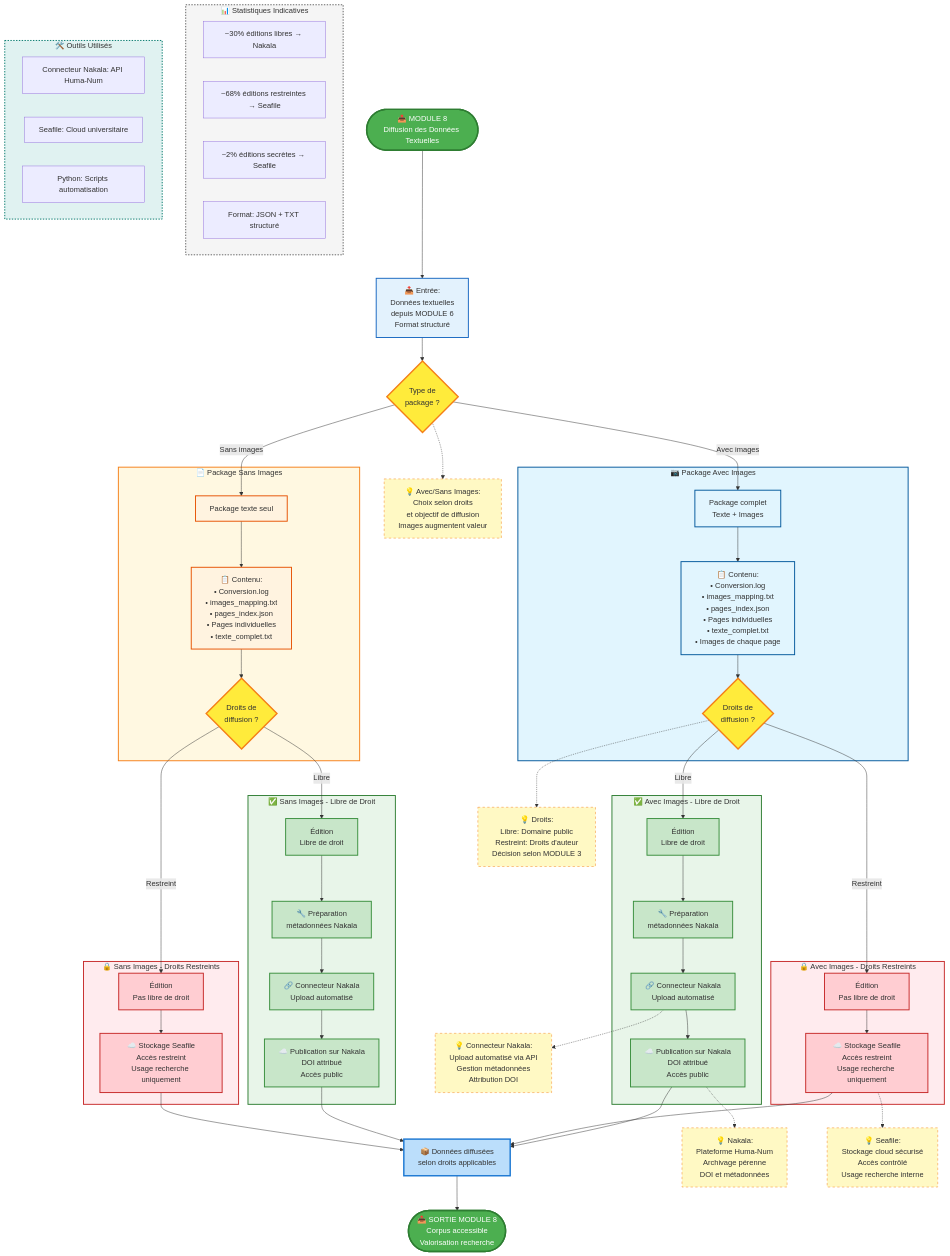
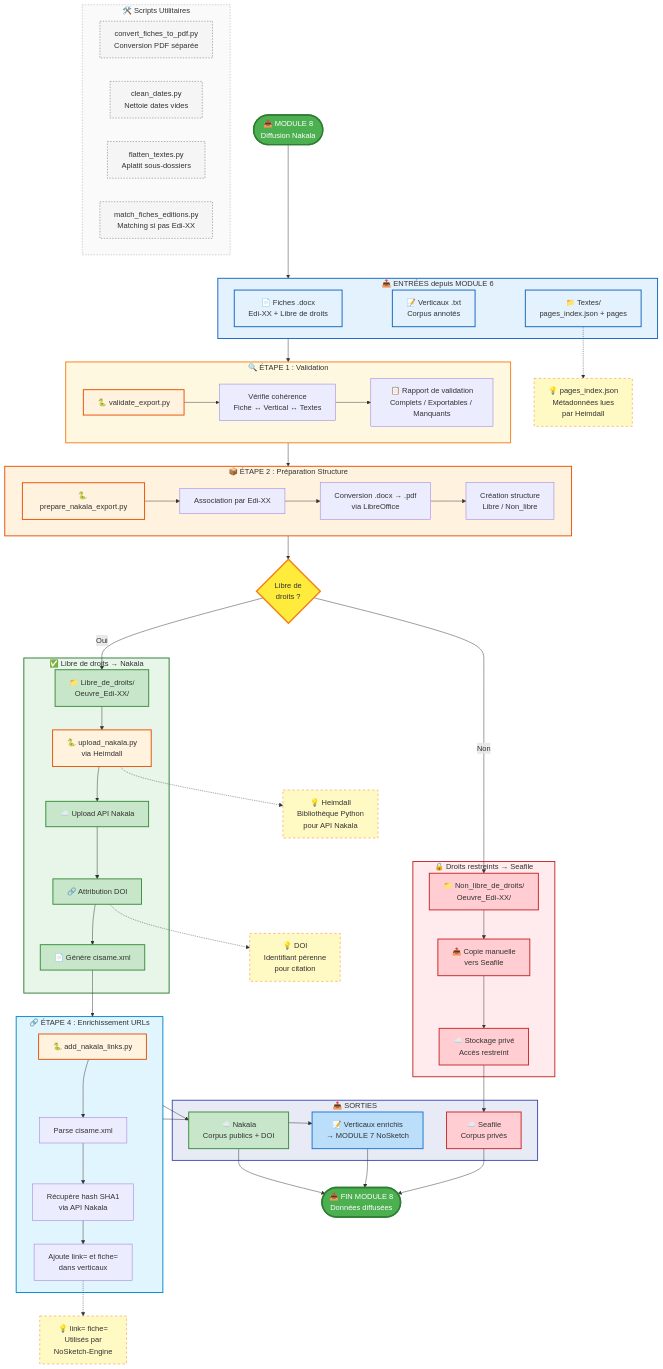
The diagram in Modules_projet/Module_8_Diffusion_Donnees/flowchart-module8-diffusion.md (TitouanCiSaMe/CiSaMe), drawn with Mermaid before and after one commit. The commit also changed other lines of this file and 12 other files, not shown here.

First line of the commit message:
Refactor: réorganisation MODULE 8 - Export Nakala

````diff
--- a/Modules_projet/Module_8_Diffusion_Donnees/flowchart-module8-diffusion.md
+++ b/Modules_projet/Module_8_Diffusion_Donnees/flowchart-module8-diffusion.md
@@ -5,190 +5,170 @@
 ```mermaid
 flowchart TD
     %% ========================================
-    %% MODULE 8 - DIFFUSION DES DONNÉES
+    %% MODULE 8 - DIFFUSION DES DONNÉES NAKALA
     %% ========================================
 
-    START([📤 MODULE 8<br/>Diffusion des Données Textuelles])
+    START([📤 MODULE 8<br/>Diffusion Nakala])
 
     %% ========================================
-    %% ENTRÉE
+    %% ENTRÉES
     %% ========================================
-    INPUT[📥 Entrée:<br/>Données textuelles<br/>depuis MODULE 6<br/>Format structuré]
+    subgraph INPUTS [📥 ENTRÉES depuis MODULE 6]
+        I1[📄 Fiches .docx<br/>Edi-XX + Libre de droits]
+        I2[📝 Verticaux .txt<br/>Corpus annotés]
+        I3[📁 Textes/<br/>pages_index.json + pages]
+    end
 
-    START --> INPUT
+    START --> INPUTS
 
     %% ========================================
-    %% DÉCISION TYPE DE PACKAGE
+    %% ÉTAPE 1 : VALIDATION
     %% ========================================
-    DECISION_TYPE{Type de<br/>package ?}
+    subgraph STEP1 [🔍 ÉTAPE 1 : Validation]
+        V1[🐍 validate_export.py]
+        V2[Vérifie cohérence<br/>Fiche ↔ Vertical ↔ Textes]
+        V3[📋 Rapport de validation<br/>Complets / Exportables / Manquants]
 
-    INPUT --> DECISION_TYPE
+        V1 --> V2 --> V3
+    end
+
+    INPUTS --> STEP1
 
     %% ========================================
-    %% BRANCHE AVEC IMAGES
+    %% ÉTAPE 2 : PRÉPARATION
     %% ========================================
-    subgraph AVEC_IMAGES_FLOW [📷 Package Avec Images]
-        AVEC_TITLE[Package complet<br/>Texte + Images]
-        AVEC_CONTENU[📋 Contenu:<br/>• Conversion.log<br/>• images_mapping.txt<br/>• pages_index.json<br/>• Pages individuelles<br/>• texte_complet.txt<br/>• Images de chaque page]
-        AVEC_DECISION{Droits de<br/>diffusion ?}
+    subgraph STEP2 [📦 ÉTAPE 2 : Préparation Structure]
+        P1[🐍 prepare_nakala_export.py]
+        P2[Association par Edi-XX]
+        P3[Conversion .docx → .pdf<br/>via LibreOffice]
+        P4[Création structure<br/>Libre / Non_libre]
 
-        AVEC_TITLE --> AVEC_CONTENU
-        AVEC_CONTENU --> AVEC_DECISION
+        P1 --> P2 --> P3 --> P4
     end
 
-    DECISION_TYPE -->|Avec images| AVEC_TITLE
+    STEP1 --> STEP2
 
     %% ========================================
-    %% BRANCHE SANS IMAGES
+    %% DÉCISION DROITS
     %% ========================================
-    subgraph SANS_IMAGES_FLOW [📄 Package Sans Images]
-        SANS_TITLE[Package texte seul]
-        SANS_CONTENU[📋 Contenu:<br/>• Conversion.log<br/>• images_mapping.txt<br/>• pages_index.json<br/>• Pages individuelles<br/>• texte_complet.txt]
-        SANS_DECISION{Droits de<br/>diffusion ?}
+    DECISION{Libre de<br/>droits ?}
 
-        SANS_TITLE --> SANS_CONTENU
-        SANS_CONTENU --> SANS_DECISION
+    STEP2 --> DECISION
+
+    %% ========================================
+    %% BRANCHE LIBRE - NAKALA
+    %% ========================================
+    subgraph NAKALA_FLOW [✅ Libre de droits → Nakala]
+        N1[📁 Libre_de_droits/<br/>Oeuvre_Edi-XX/]
+        N2[🐍 upload_nakala.py<br/>via Heimdall]
+        N3[☁️ Upload API Nakala]
+        N4[🔗 Attribution DOI]
+        N5[📄 Génère cisame.xml]
+
+        N1 --> N2 --> N3 --> N4 --> N5
     end
 
-    DECISION_TYPE -->|Sans images| SANS_TITLE
+    DECISION -->|Oui| N1
 
     %% ========================================
-    %% DIFFUSION AVEC IMAGES - LIBRE
+    %% BRANCHE RESTREINTE - SEAFILE
     %% ========================================
-    subgraph AVEC_LIBRE_FLOW [✅ Avec Images - Libre de Droit]
-        AVEC_LIBRE[Édition<br/>Libre de droit]
-        AVEC_NAKALA_PREP[🔧 Préparation<br/>métadonnées Nakala]
-        AVEC_NAKALA_CONNECT[🔗 Connecteur Nakala<br/>Upload automatisé]
-        AVEC_NAKALA_RESULT[☁️ Publication sur Nakala<br/>DOI attribué<br/>Accès public]
+    subgraph SEAFILE_FLOW [🔒 Droits restreints → Seafile]
+        S1[📁 Non_libre_de_droits/<br/>Oeuvre_Edi-XX/]
+        S2[📤 Copie manuelle<br/>vers Seafile]
+        S3[☁️ Stockage privé<br/>Accès restreint]
 
-        AVEC_LIBRE --> AVEC_NAKALA_PREP
-        AVEC_NAKALA_PREP --> AVEC_NAKALA_CONNECT
-        AVEC_NAKALA_CONNECT --> AVEC_NAKALA_RESULT
+        S1 --> S2 --> S3
     end
 
-    AVEC_DECISION -->|Libre| AVEC_LIBRE
+    DECISION -->|Non| S1
 
     %% ========================================
-    %% DIFFUSION AVEC IMAGES - RESTREINT
+    %% ÉTAPE 4 : ENRICHISSEMENT
     %% ========================================
-    subgraph AVEC_RESTREINT_FLOW [🔒 Avec Images - Droits Restreints]
-        AVEC_RESTREINT[Édition<br/>Pas libre de droit]
-        AVEC_SEAFILE[☁️ Stockage Seafile<br/>Accès restreint<br/>Usage recherche uniquement]
+    subgraph STEP4 [🔗 ÉTAPE 4 : Enrichissement URLs]
+        E1[🐍 add_nakala_links.py]
+        E2[Parse cisame.xml]
+        E3[Récupère hash SHA1<br/>via API Nakala]
+        E4[Ajoute link= et fiche=<br/>dans verticaux]
 
-        AVEC_RESTREINT --> AVEC_SEAFILE
+        E1 --> E2 --> E3 --> E4
     end
 
-    AVEC_DECISION -->|Restreint| AVEC_RESTREINT
+    N5 --> STEP4
 
     %% ========================================
-    %% DIFFUSION SANS IMAGES - LIBRE
+    %% SORTIES
     %% ========================================
-    subgraph SANS_LIBRE_FLOW [✅ Sans Images - Libre de Droit]
-        SANS_LIBRE[Édition<br/>Libre de droit]
-        SANS_NAKALA_PREP[🔧 Préparation<br/>métadonnées Nakala]
-        SANS_NAKALA_CONNECT[🔗 Connecteur Nakala<br/>Upload automatisé]
-        SANS_NAKALA_RESULT[☁️ Publication sur Nakala<br/>DOI attribué<br/>Accès public]
-
-        SANS_LIBRE --> SANS_NAKALA_PREP
-        SANS_NAKALA_PREP --> SANS_NAKALA_CONNECT
-        SANS_NAKALA_CONNECT --> SANS_NAKALA_RESULT
+    subgraph OUTPUTS [📤 SORTIES]
+        O1[☁️ Nakala<br/>Corpus publics + DOI]
+        O2[☁️ Seafile<br/>Corpus privés]
+        O3[📝 Verticaux enrichis<br/>→ MODULE 7 NoSketch]
     end
 
-    SANS_DECISION -->|Libre| SANS_LIBRE
+    STEP4 --> O1
+    STEP4 --> O3
+    S3 --> O2
+
+    OUTPUT([📤 FIN MODULE 8<br/>Données diffusées])
+
+    O1 --> OUTPUT
+    O2 --> OUTPUT
+    O3 --> OUTPUT
 
     %% ========================================
-    %% DIFFUSION SANS IMAGES - RESTREINT
+    %% SCRIPTS UTILITAIRES
     %% ========================================
-    subgraph SANS_RESTREINT_FLOW [🔒 Sans Images - Droits Restreints]
-        SANS_RESTREINT[Édition<br/>Pas libre de droit]
-        SANS_SEAFILE[☁️ Stockage Seafile<br/>Accès restreint<br/>Usage recherche uniquement]
-
-        SANS_RESTREINT --> SANS_SEAFILE
+    subgraph UTILS [🛠️ Scripts Utilitaires]
+        U1[convert_fiches_to_pdf.py<br/>Conversion PDF séparée]
+        U2[clean_dates.py<br/>Nettoie dates vides]
+        U3[flatten_textes.py<br/>Aplatit sous-dossiers]
+        U4[match_fiches_editions.py<br/>Matching si pas Edi-XX]
     end
-
-    SANS_DECISION -->|Restreint| SANS_RESTREINT
-
-    %% ========================================
-    %% CONVERGENCE
-    %% ========================================
-    CONVERGENCE[📦 Données diffusées<br/>selon droits applicables]
-
-    AVEC_NAKALA_RESULT --> CONVERGENCE
-    AVEC_SEAFILE --> CONVERGENCE
-    SANS_NAKALA_RESULT --> CONVERGENCE
-    SANS_SEAFILE --> CONVERGENCE
-
-    OUTPUT([📤 SORTIE MODULE 8<br/>Corpus accessible<br/>Valorisation recherche])
-
-    CONVERGENCE --> OUTPUT
 
     %% ========================================
     %% ANNOTATIONS
     %% ========================================
-    note1[💡 Avec/Sans Images:<br/>Choix selon droits<br/>et objectif de diffusion<br/>Images augmentent valeur]
-    note2[💡 Nakala:<br/>Plateforme Huma-Num<br/>Archivage pérenne<br/>DOI et métadonnées]
-    note3[💡 Connecteur Nakala:<br/>Upload automatisé via API<br/>Gestion métadonnées<br/>Attribution DOI]
-    note4[💡 Seafile:<br/>Stockage cloud sécurisé<br/>Accès contrôlé<br/>Usage recherche interne]
-    note5[💡 Droits:<br/>Libre: Domaine public<br/>Restreint: Droits d'auteur<br/>Décision selon MODULE 3]
+    note1[💡 pages_index.json<br/>Métadonnées lues<br/>par Heimdall]
+    note2[💡 Heimdall<br/>Bibliothèque Python<br/>pour API Nakala]
+    note3[💡 DOI<br/>Identifiant pérenne<br/>pour citation]
+    note4[💡 link= fiche=<br/>Utilisés par<br/>NoSketch-Engine]
 
-    DECISION_TYPE -.-> note1
-    AVEC_NAKALA_RESULT -.-> note2
-    AVEC_NAKALA_CONNECT -.-> note3
-    AVEC_SEAFILE -.-> note4
-    AVEC_DECISION -.-> note5
-
-    %% ========================================
-    %% STATISTIQUES
-    %% ========================================
-    subgraph STATS [📊 Statistiques Indicatives]
-        S1[~30% éditions libres → Nakala]
-        S2[~68% éditions restreintes → Seafile]
-        S3[~2% éditions secrètes → Seafile]
-        S4[Format: JSON + TXT structuré]
-    end
-
-    %% ========================================
-    %% OUTILS
-    %% ========================================
-    subgraph TOOLS [🛠️ Outils Utilisés]
-        T1[Connecteur Nakala: API Huma-Num]
-        T2[Seafile: Cloud universitaire]
-        T3[Python: Scripts automatisation]
-    end
+    I3 -.-> note1
+    N2 -.-> note2
+    N4 -.-> note3
+    E4 -.-> note4
 
     %% ========================================
     %% STYLES
     %% ========================================
     classDef startEnd fill:#4caf50,stroke:#2e7d32,stroke-width:3px,color:#fff
     classDef input fill:#e3f2fd,stroke:#1565c0,stroke-width:2px
+    classDef script fill:#fff3e0,stroke:#e65100,stroke-width:2px
     classDef decision fill:#ffeb3b,stroke:#f57f17,stroke-width:3px
-    classDef avec fill:#e1f5fe,stroke:#01579b,stroke-width:2px
-    classDef sans fill:#fff3e0,stroke:#e65100,stroke-width:2px
-    classDef libre fill:#c8e6c9,stroke:#388e3c,stroke-width:2px
-    classDef restreint fill:#ffcdd2,stroke:#c62828,stroke-width:2px
-    classDef nakala fill:#a5d6a7,stroke:#2e7d32,stroke-width:2px
-    classDef seafile fill:#fff9c4,stroke:#f57f17,stroke-width:2px
-    classDef convergence fill:#bbdefb,stroke:#1976d2,stroke-width:3px
+    classDef nakala fill:#c8e6c9,stroke:#388e3c,stroke-width:2px
+    classDef seafile fill:#ffcdd2,stroke:#c62828,stroke-width:2px
+    classDef output fill:#bbdefb,stroke:#1976d2,stroke-width:2px
     classDef note fill:#fff9c4,stroke:#f57f17,stroke-width:1px,stroke-dasharray: 5 5
-    classDef title fill:#e0e0e0,stroke:#757575,stroke-width:2px
+    classDef utils fill:#f5f5f5,stroke:#616161,stroke-width:1px,stroke-dasharray: 3 3
 
     class START,OUTPUT startEnd
-    class INPUT input
-    class DECISION_TYPE,AVEC_DECISION,SANS_DECISION decision
-    class AVEC_TITLE,AVEC_CONTENU avec
-    class SANS_TITLE,SANS_CONTENU sans
-    class AVEC_LIBRE,AVEC_NAKALA_PREP,AVEC_NAKALA_CONNECT,AVEC_NAKALA_RESULT,SANS_LIBRE,SANS_NAKALA_PREP,SANS_NAKALA_CONNECT,SANS_NAKALA_RESULT libre
-    class AVEC_RESTREINT,AVEC_SEAFILE,SANS_RESTREINT,SANS_SEAFILE restreint
-    class CONVERGENCE convergence
-    class note1,note2,note3,note4,note5 note
+    class I1,I2,I3 input
+    class V1,P1,N2,E1 script
+    class DECISION decision
+    class N1,N3,N4,N5,O1 nakala
+    class S1,S2,S3,O2 seafile
+    class O3 output
+    class note1,note2,note3,note4 note
+    class U1,U2,U3,U4 utils
 
-    style AVEC_IMAGES_FLOW fill:#e1f5fe,stroke:#01579b,stroke-width:2px
-    style SANS_IMAGES_FLOW fill:#fff8e1,stroke:#f57f17,stroke-width:2px
-    style AVEC_LIBRE_FLOW fill:#e8f5e9,stroke:#2e7d32,stroke-width:2px
-    style AVEC_RESTREINT_FLOW fill:#ffebee,stroke:#c62828,stroke-width:2px
-    style SANS_LIBRE_FLOW fill:#e8f5e9,stroke:#2e7d32,stroke-width:2px
-    style SANS_RESTREINT_FLOW fill:#ffebee,stroke:#c62828,stroke-width:2px
-    style STATS fill:#f5f5f5,stroke:#616161,stroke-width:2px,stroke-dasharray: 3 3
-    style TOOLS fill:#e0f2f1,stroke:#00796b,stroke-width:2px,stroke-dasharray: 3 3
+    style INPUTS fill:#e3f2fd,stroke:#1565c0,stroke-width:2px
+    style STEP1 fill:#fff8e1,stroke:#f57f17,stroke-width:2px
+    style STEP2 fill:#fff3e0,stroke:#e65100,stroke-width:2px
+    style NAKALA_FLOW fill:#e8f5e9,stroke:#2e7d32,stroke-width:2px
+    style SEAFILE_FLOW fill:#ffebee,stroke:#c62828,stroke-width:2px
+    style STEP4 fill:#e1f5fe,stroke:#0288d1,stroke-width:2px
+    style OUTPUTS fill:#e8eaf6,stroke:#3f51b5,stroke-width:2px
+    style UTILS fill:#fafafa,stroke:#9e9e9e,stroke-width:1px,stroke-dasharray: 3 3
 
 ```
````
